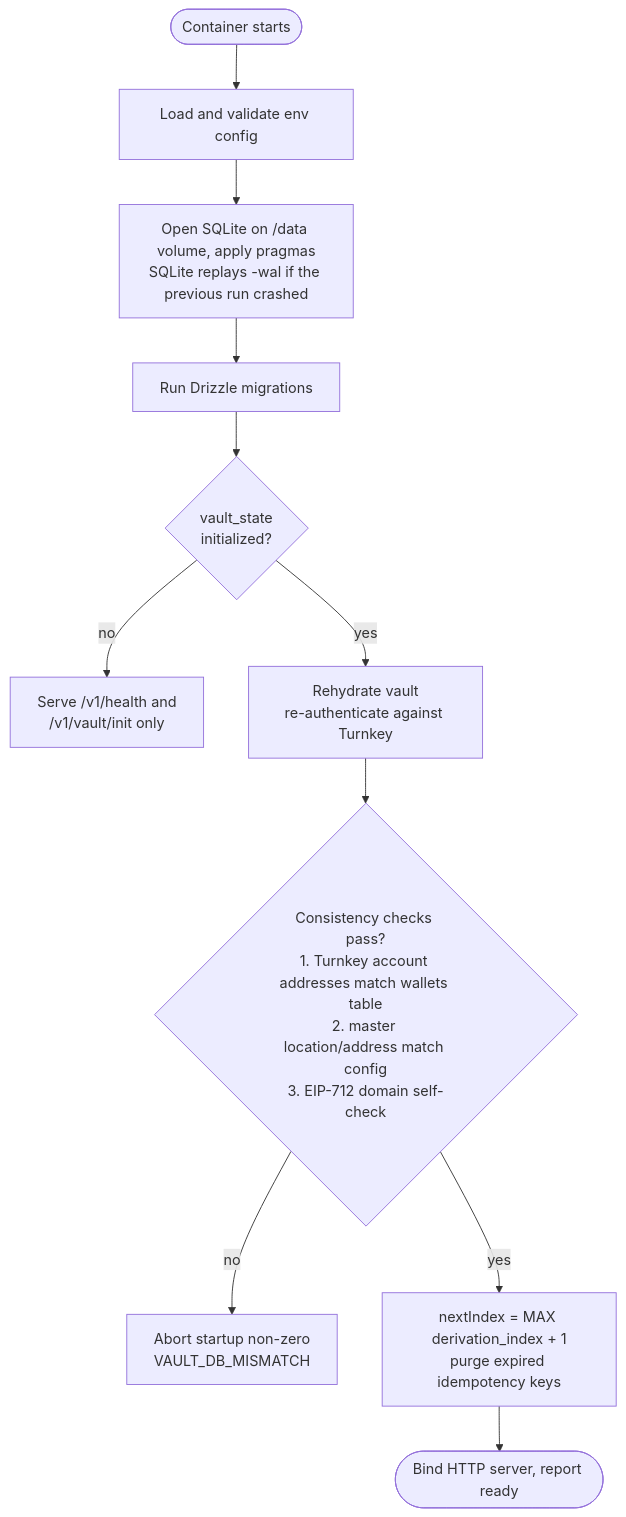
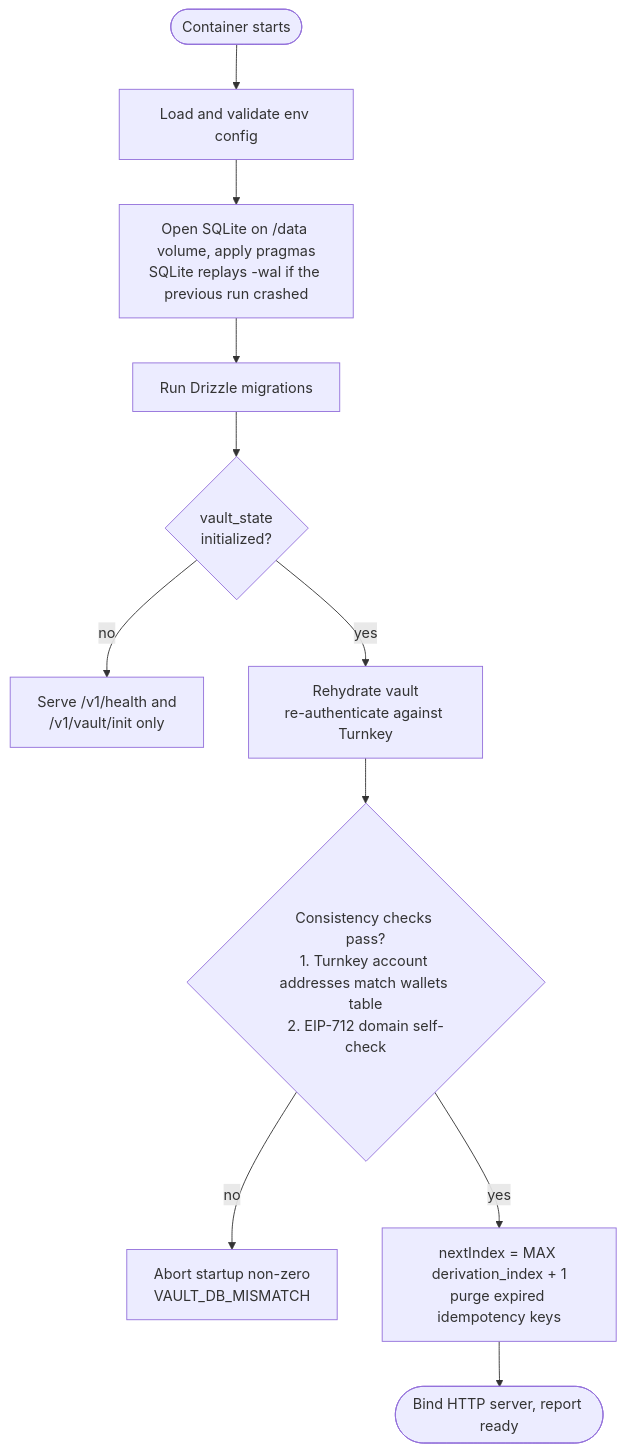
The diagram in docs/images/05-cold-start-recovery.mmd (In-a-bit/dpm-wallet), drawn with Mermaid before and after one commit. The commit also changed 38 other files, not shown here.

```diff
--- a/docs/images/05-cold-start-recovery.mmd
+++ b/docs/images/05-cold-start-recovery.mmd
@@ -1,13 +1,13 @@
 flowchart TB
   start([Container starts]) --> cfg[Load and validate env config]
   cfg --> open[Open SQLite on /data volume, apply pragmas<br/>SQLite replays -wal if the previous run crashed]
   open --> mig[Run Drizzle migrations]
   mig --> state{vault_state<br/>initialized?}
 
   state -->|no| waitInit[Serve /v1/health and<br/>/v1/vault/init only]
   state -->|yes| hydrate[Rehydrate vault<br/>re-authenticate against Turnkey]
 
-  hydrate --> checks{"Consistency checks pass?<br/>1. Turnkey account addresses match wallets table<br/>2. master location/address match config<br/>3. EIP-712 domain self-check"}
+  hydrate --> checks{"Consistency checks pass?<br/>1. Turnkey account addresses match wallets table<br/>2. EIP-712 domain self-check"}
   checks -->|no| fail[Abort startup non-zero<br/>VAULT_DB_MISMATCH]
   checks -->|yes| idx[nextIndex = MAX derivation_index + 1<br/>purge expired idempotency keys]
   idx --> bind([Bind HTTP server, report ready])
```
